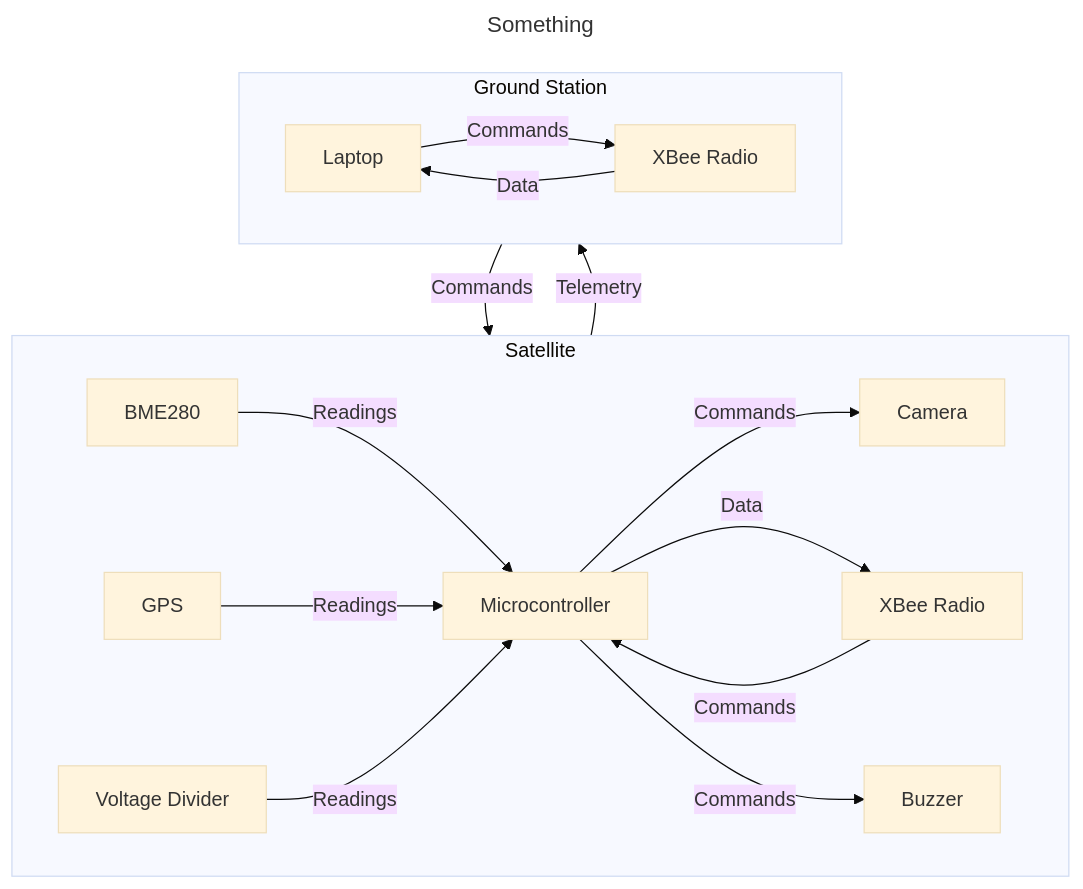
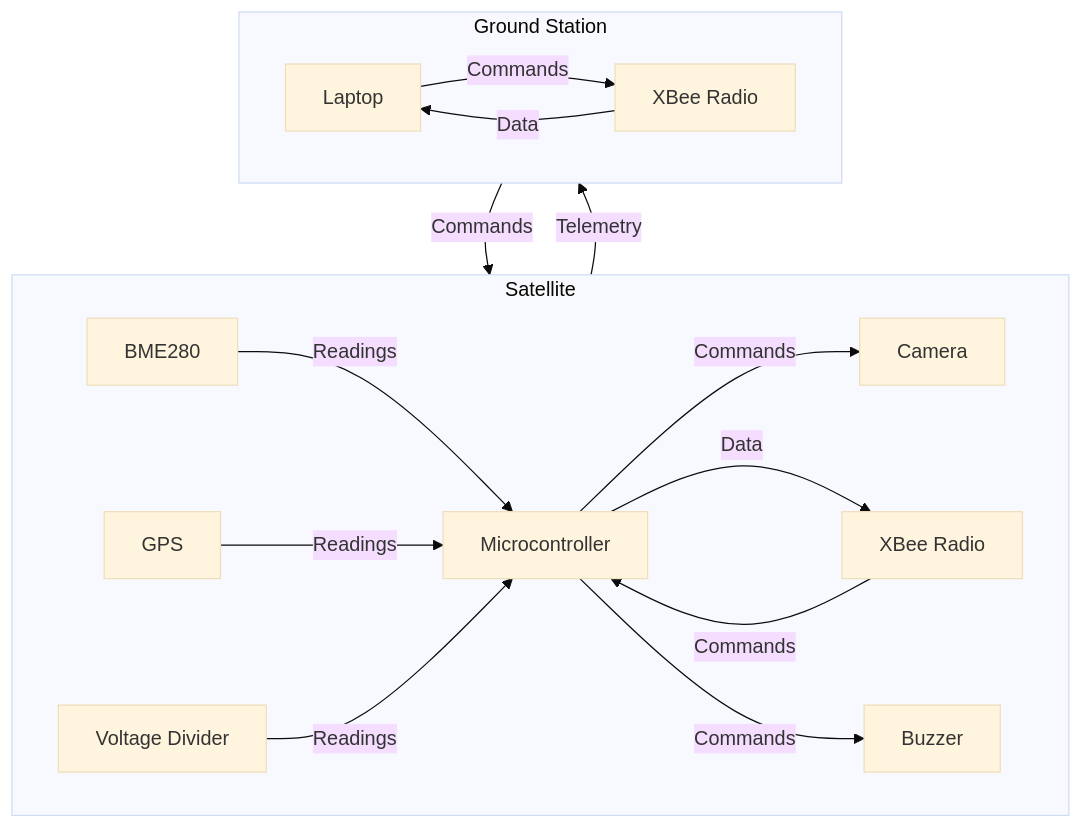
Before and after one commit to ohmycthulhu/cansat-project: the first of 3 diagrams in README.md, drawn with Mermaid (base theme).

Commit message:
chore: minor update in a graph

````diff
--- a/README.md
+++ b/README.md
@@ -18,29 +18,26 @@
 ```mermaid
----
-title: "Something"
----
 flowchart
     subgraph satellite[Satellite]
         microcontroller["Microcontroller"]
         bme["BME280"]
         s_xbee["XBee Radio"]
         gps["GPS"]
         v_divider["Voltage Divider"]
         buzzer["Buzzer"]
         camera["Camera"]
         microcontroller -- Commands --> camera
         microcontroller -- Data --> s_xbee -- Commands --> microcontroller
         bme -- Readings --> microcontroller
         gps -- Readings --> microcontroller
         v_divider -- Readings --> microcontroller
         microcontroller -- Commands --> buzzer
     end
 
     subgraph ground["Ground Station"]
         laptop["Laptop"]
         g_xbee["XBee Radio"]
         laptop -- Commands --> g_xbee -- Data --> laptop
     end
 
     satellite -- Telemetry --> ground -- Commands --> satellite
 ```
````
